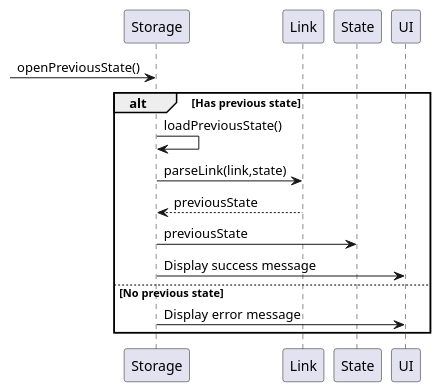
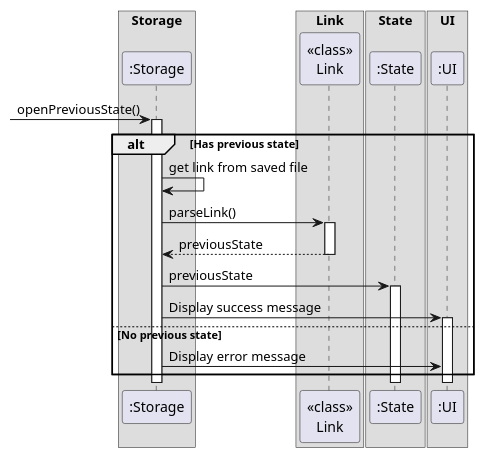
One commit to nus-cs2113-AY2223S1/tp changed the diagram in docs/UMLdiagrams/storageOpenPreviousState.puml. Above: the diagram before and after it, drawn with PlantUML. The commit also changed 6 other files, not shown here.

Commit message:
Add uml diagrams

```diff
--- a/docs/UMLdiagrams/storageOpenPreviousState.puml
+++ b/docs/UMLdiagrams/storageOpenPreviousState.puml
@@ -1,15 +1,31 @@
 @startuml
 'https://plantuml.com/sequence-diagram
+box Storage
+Participant ":Storage" as Storage
+end box
+box Link
+Participant "<<class>>\nLink" as Link
+end box
+box State
+Participant ":State" as State
+end box
+box UI
+Participant ":UI" as UI
+end box
 
 ->Storage:openPreviousState()
+activate Storage
 alt Has previous state
-    Storage -> Storage: loadPreviousState()
-    Storage -> Link: parseLink(link,state)
-    Link --> Storage: previousState
-    Storage -> State: previousState
-    Storage -> UI: Display success message
+    Storage -> Storage: get link from saved file
+
+    Storage -> Link ++ : parseLink()
+    Link --> Storage -- : previousState
+
+    Storage -> State ++ : previousState
+    Storage -> UI ++ : Display success message
+
 else No previous state
     Storage -> UI : Display error message
 end
 
 @enduml
```
